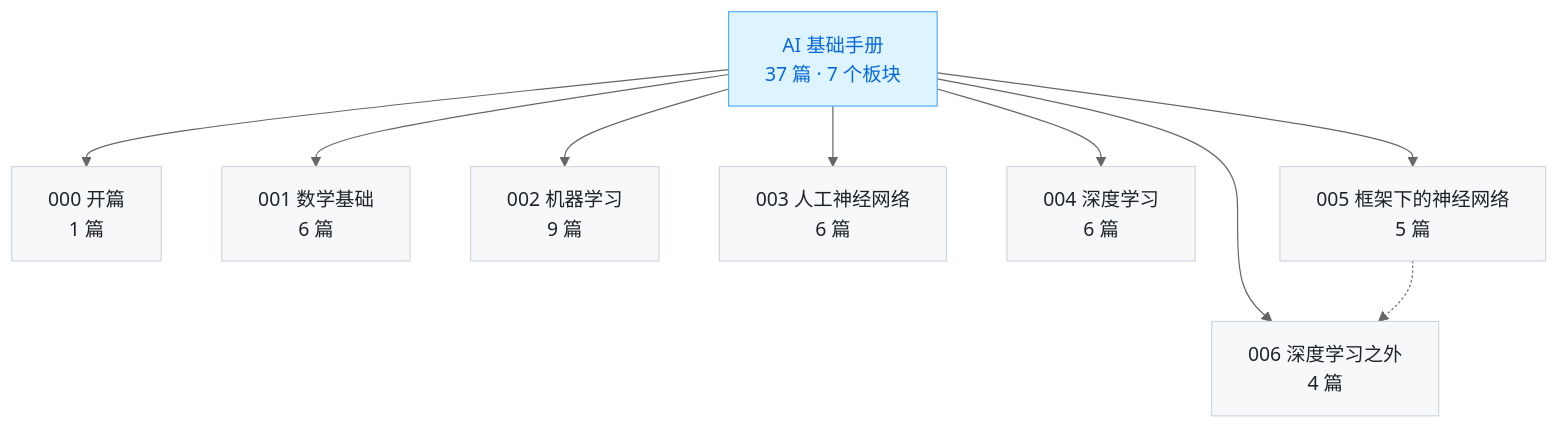
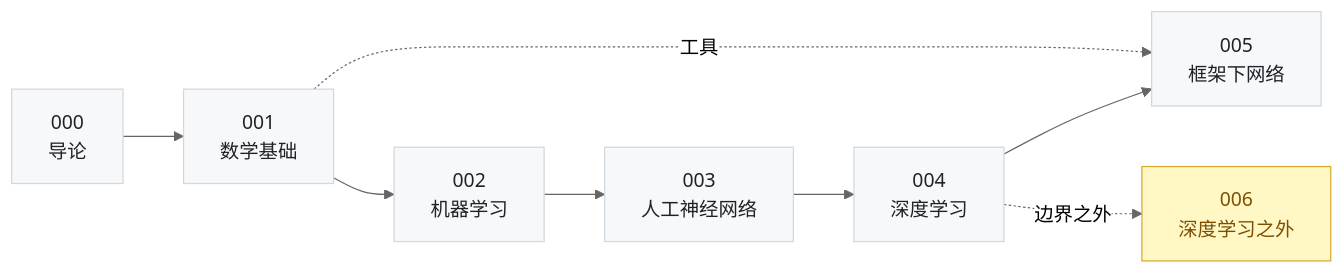
The diagram in README.md (Ashleycurry/ai-foundations-handbook), drawn with Mermaid (neutral theme) before and after one commit. The commit also changed other lines of this file and 1 other file, not shown here.

````diff
--- a/README.md
+++ b/README.md
@@ -36,16 +40,10 @@
 ```mermaid
-flowchart TB
-    ROOT["AI 基础手册<br/>37 篇 · 7 个板块"]
-    ROOT --> A["000 开篇<br/>1 篇"]
-    ROOT --> B["001 数学基础<br/>6 篇"]
-    ROOT --> C["002 机器学习<br/>9 篇"]
-    ROOT --> D["003 人工神经网络<br/>6 篇"]
-    ROOT --> E["004 深度学习<br/>6 篇"]
-    ROOT --> F["005 框架下的神经网络<br/>5 篇"]
-    ROOT --> G["006 深度学习之外<br/>4 篇"]
-    F -.-> G
+flowchart LR
+    A["000<br/>导论"] --> B["001<br/>数学基础"] --> C["002<br/>机器学习"] --> D["003<br/>人工神经网络"] --> E["004<br/>深度学习"] --> F["005<br/>框架下网络"]
+    E -. 边界之外 .-> G["006<br/>深度学习之外"]
+    B -. 工具 .-> F
     classDef base fill:#f6f8fa,stroke:#d0d7de,stroke-width:1px,color:#1f2328
-    classDef core fill:#ddf4ff,stroke:#54aeff,color:#0969da
-    class A,B,C,D,E,F,G base
-    class ROOT core
+    classDef out fill:#fff8c5,stroke:#d4a72c,stroke-width:1px,color:#7d4e00
+    class A,B,C,D,E,F base
+    class G out
 ```
````
